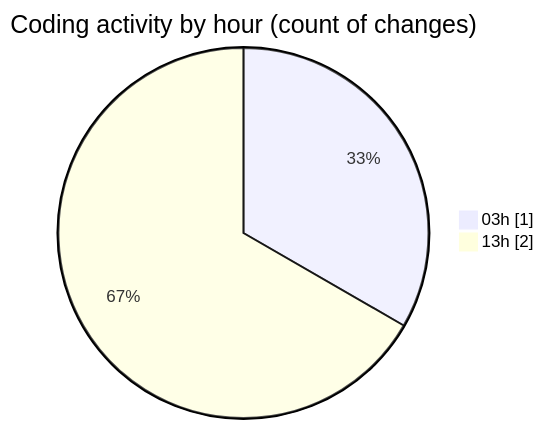
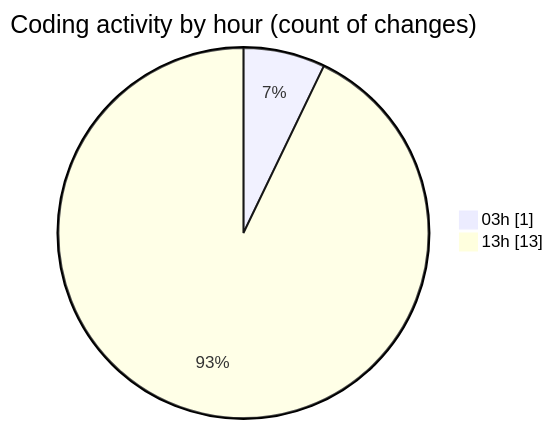
Before and after one commit to Netris89/code-tracking: the second of 2 diagrams in 2025-08-26/data/README.md, drawn with Mermaid. The commit also changed other lines of this file and 1 other file, not shown here.

````diff
--- a/2025-08-26/data/README.md
+++ b/2025-08-26/data/README.md
@@ -28,6 +28,6 @@
 ```mermaid
 pie showData
 title Coding activity by hour (count of changes)
 "03h" : 1
-"13h" : 2
+"13h" : 13
 ```
````
